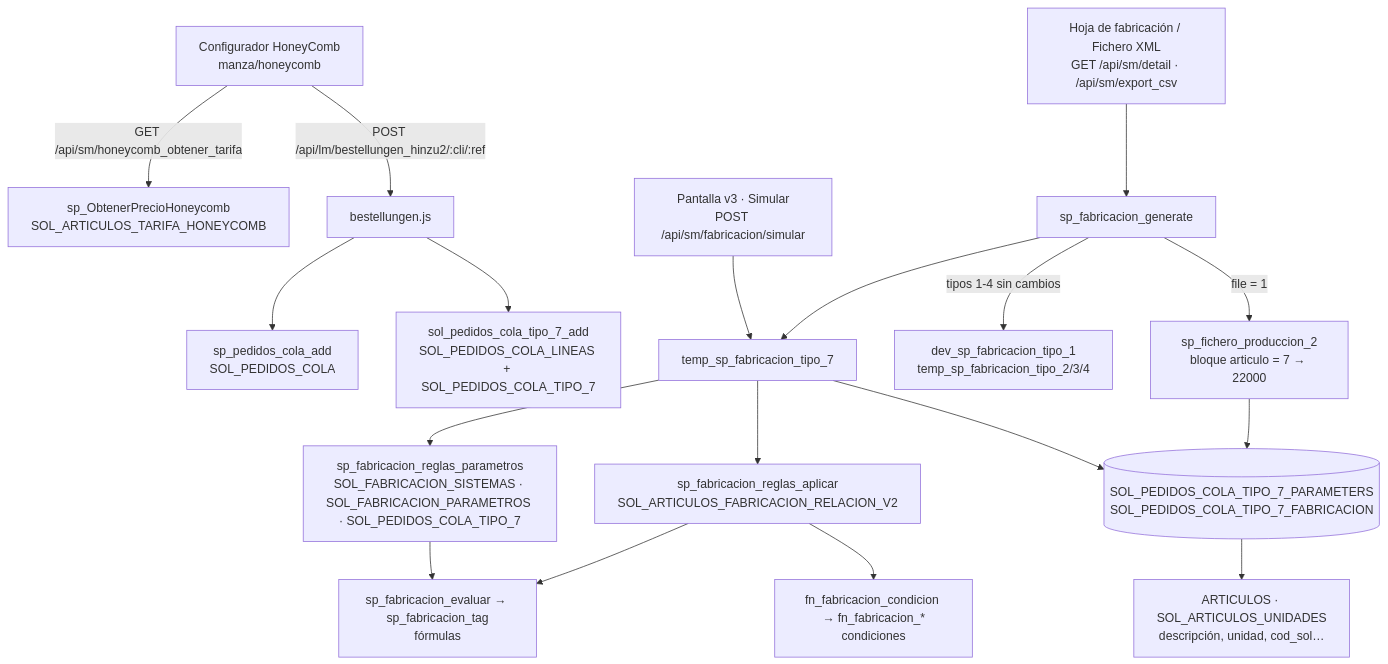
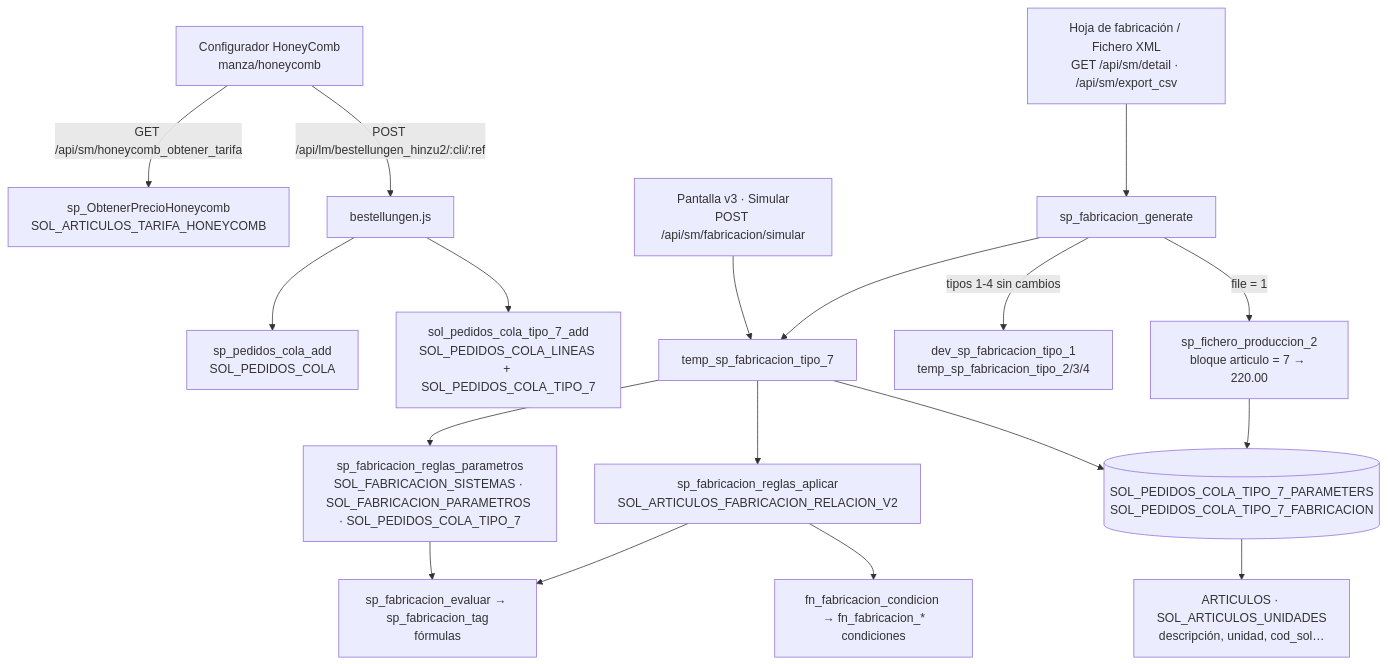
The diagram in sqlHoney/flujoHC.md (vicentferri/manza), drawn with Mermaid before and after one commit. The commit also changed other lines of this file and 24 other files, not shown here.

````diff
--- a/sqlHoney/flujoHC.md
+++ b/sqlHoney/flujoHC.md
@@ -32,23 +32,23 @@
 ```mermaid
 flowchart TD
     A[Configurador HoneyComb<br/>manza/honeycomb] -->|GET /api/sm/honeycomb_obtener_tarifa| P[sp_ObtenerPrecioHoneycomb<br/>SOL_ARTICULOS_TARIFA_HONEYCOMB]
     A -->|POST /api/lm/bestellungen_hinzu2/:cli/:ref| B[bestellungen.js]
     B --> C[sp_pedidos_cola_add<br/>SOL_PEDIDOS_COLA]
     B --> D[sol_pedidos_cola_tipo_7_add<br/>SOL_PEDIDOS_COLA_LINEAS + SOL_PEDIDOS_COLA_TIPO_7]
 
     E[Hoja de fabricación / Fichero XML<br/>GET /api/sm/detail · /api/sm/export_csv] --> F[sp_fabricacion_generate]
     S[Pantalla v3 · Simular<br/>POST /api/sm/fabricacion/simular] --> G
     F -->|tipos 1-4 sin cambios| T[dev_sp_fabricacion_tipo_1<br/>temp_sp_fabricacion_tipo_2/3/4]
     F --> G[temp_sp_fabricacion_tipo_7]
 
     G --> H[sp_fabricacion_reglas_parametros<br/>SOL_FABRICACION_SISTEMAS · SOL_FABRICACION_PARAMETROS · SOL_PEDIDOS_COLA_TIPO_7]
     H --> I[sp_fabricacion_evaluar → sp_fabricacion_tag<br/>fórmulas]
     G --> J[sp_fabricacion_reglas_aplicar<br/>SOL_ARTICULOS_FABRICACION_RELACION_V2]
     J --> K[fn_fabricacion_condicion → fn_fabricacion_*<br/>condiciones]
     J --> I
     G --> L[(SOL_PEDIDOS_COLA_TIPO_7_PARAMETERS<br/>SOL_PEDIDOS_COLA_TIPO_7_FABRICACION)]
     L --> M[ARTICULOS · SOL_ARTICULOS_UNIDADES<br/>descripción, unidad, cod_sol…]
 
-    F -->|file = 1| X[sp_fichero_produccion_2<br/>bloque articulo = 7 → 22000]
+    F -->|file = 1| X[sp_fichero_produccion_2<br/>bloque articulo = 7 → 220.00]
     X --> L
 ```
````
